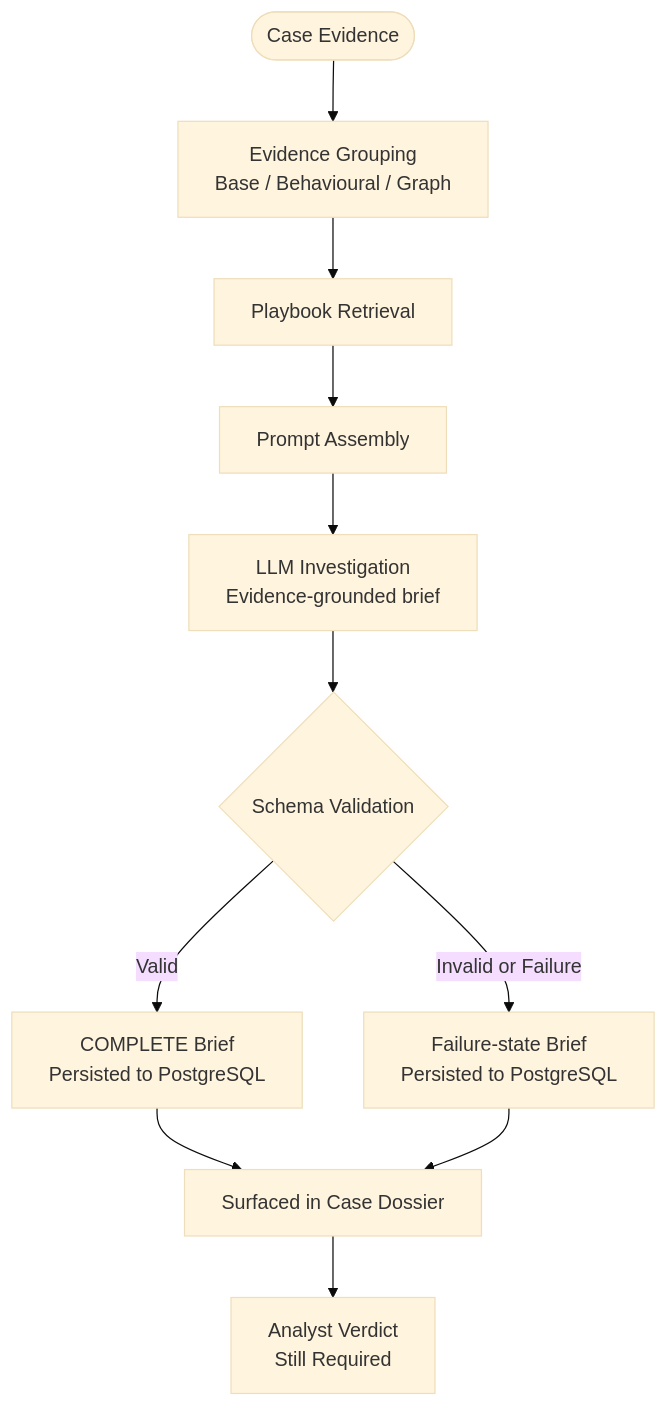
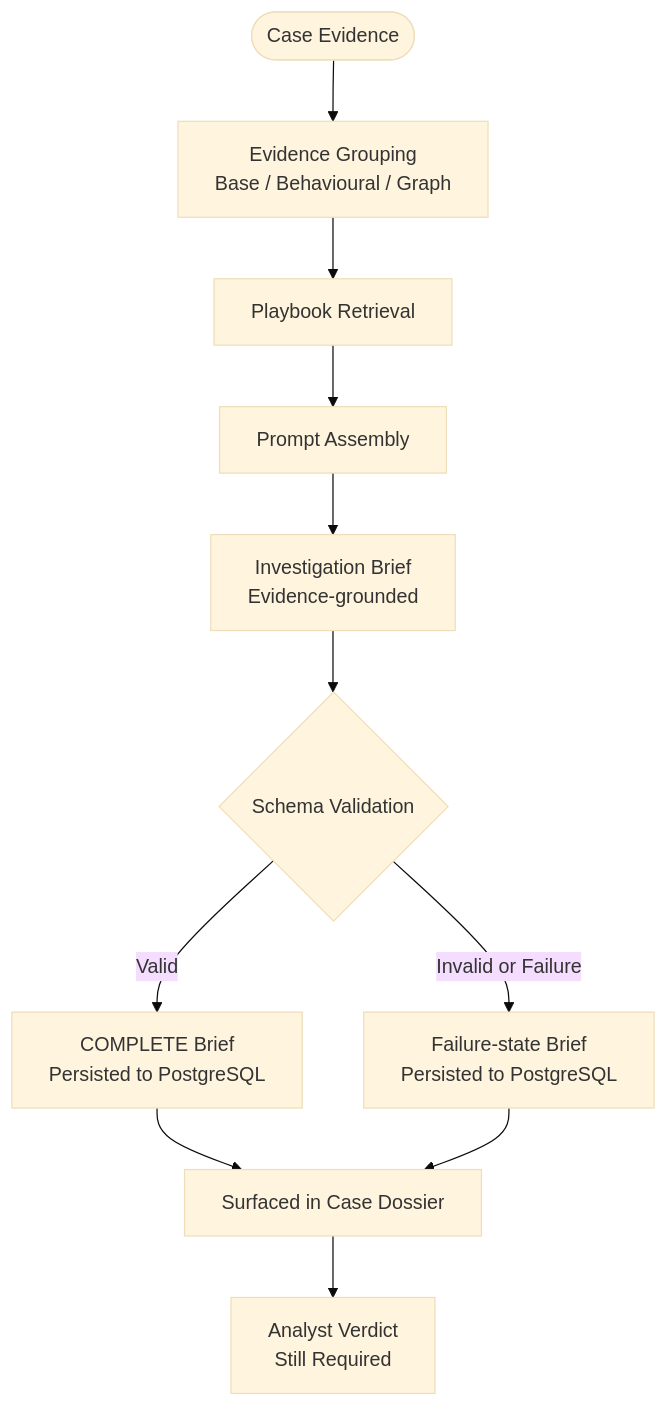
Before and after one commit to IjazKakkodDS/transaction-fraud-intelligence-console: the fourth of 6 diagrams in README.md, drawn with Mermaid (base theme). The commit also changed other lines of this file, not shown here.

````diff
--- a/README.md
+++ b/README.md
@@ -304,13 +304,13 @@
 ```mermaid
 flowchart TD
     A([Case Evidence]) --> B[Evidence Grouping\nBase / Behavioural / Graph]
     B --> C[Playbook Retrieval]
     C --> D[Prompt Assembly]
-    D --> E[LLM Investigation\nEvidence-grounded brief]
+    D --> E[Investigation Brief\nEvidence-grounded]
     E --> F{Schema Validation}
     F -->|Valid| G[COMPLETE Brief\nPersisted to PostgreSQL]
     F -->|Invalid or Failure| H[Failure-state Brief\nPersisted to PostgreSQL]
     G --> I[Surfaced in Case Dossier]
     H --> I
     I --> J[Analyst Verdict\nStill Required]
 ```
````
